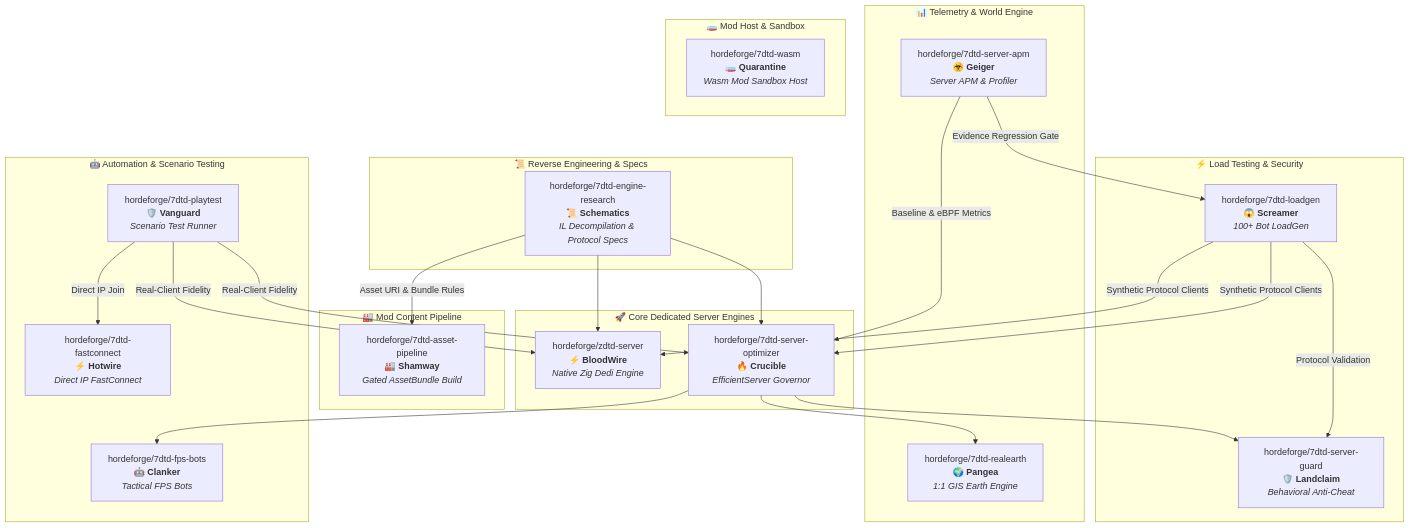
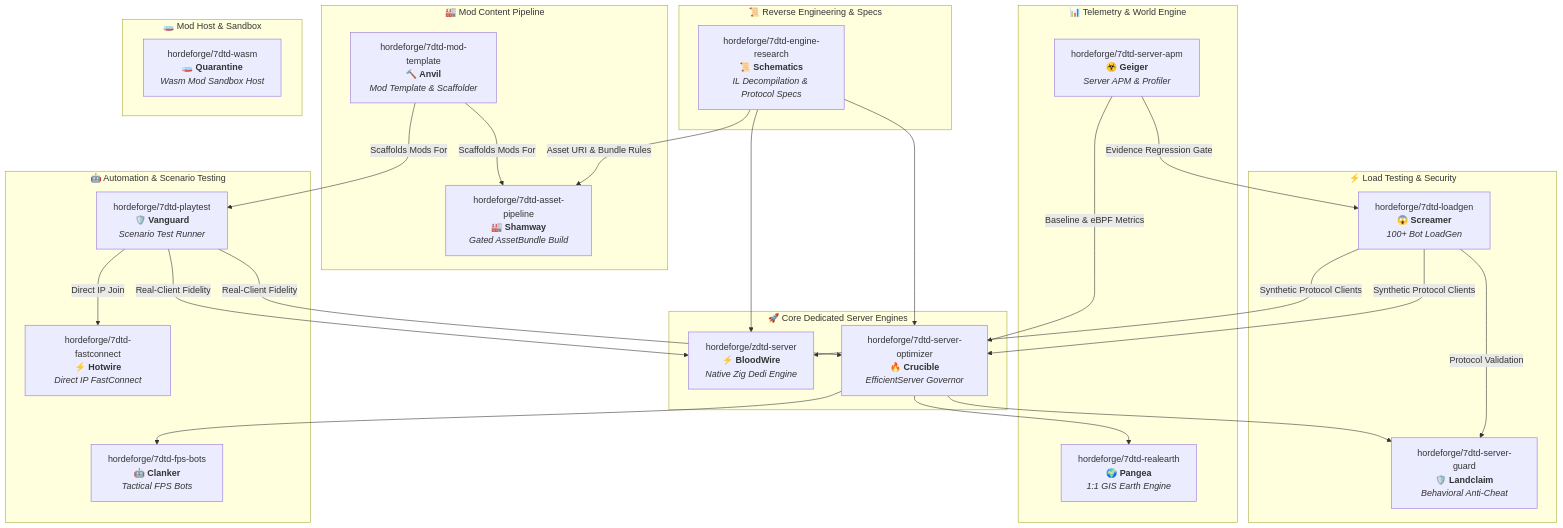
Before and after one commit to hordeforge/.github: the diagram in profile/README.md, drawn with Mermaid. The commit also changed other lines of this file, not shown here.

Commit message:
profile: add Anvil (7dtd-mod-template) to ecosystem table and diagram

````diff
--- a/profile/README.md
+++ b/profile/README.md
@@ -60,54 +61,57 @@
 ```mermaid
 flowchart TD
     subgraph Research ["📜 Reverse Engineering & Specs"]
         RES["hordeforge/7dtd-engine-research<br><b>📜 Schematics</b><br><i>IL Decompilation & Protocol Specs</i>"]
     end
 
     subgraph CoreRuntimes ["🚀 Core Dedicated Server Engines"]
         ZDTD["hordeforge/zdtd-server<br><b>⚡ BloodWire</b><br><i>Native Zig Dedi Engine</i>"]
         OPT["hordeforge/7dtd-server-optimizer<br><b>🔥 Crucible</b><br><i>EfficientServer Governor</i>"]
     end
 
     subgraph LoadAndGuard ["⚡ Load Testing & Security"]
         LOAD["hordeforge/7dtd-loadgen<br><b>😱 Screamer</b><br><i>100+ Bot LoadGen</i>"]
         GUARD["hordeforge/7dtd-server-guard<br><b>🛡️ Landclaim</b><br><i>Behavioral Anti-Cheat</i>"]
     end
 
     subgraph TelemetryAndWorld ["📊 Telemetry & World Engine"]
         APM["hordeforge/7dtd-server-apm<br><b>☣️ Geiger</b><br><i>Server APM & Profiler</i>"]
         REAL["hordeforge/7dtd-realearth<br><b>🌍 Pangea</b><br><i>1:1 GIS Earth Engine</i>"]
     end
 
     subgraph ContentPipeline ["🏭 Mod Content Pipeline"]
         SHAM["hordeforge/7dtd-asset-pipeline<br><b>🏭 Shamway</b><br><i>Gated AssetBundle Build</i>"]
+        ANVIL["hordeforge/7dtd-mod-template<br><b>🔨 Anvil</b><br><i>Mod Template & Scaffolder</i>"]
     end
 
     subgraph ModHost ["🧫 Mod Host & Sandbox"]
         QUAR["hordeforge/7dtd-wasm<br><b>🧫 Quarantine</b><br><i>Wasm Mod Sandbox Host</i>"]
     end
 
     subgraph BotAndAutomation ["🤖 Automation & Scenario Testing"]
         PLAY["hordeforge/7dtd-playtest<br><b>🛡️ Vanguard</b><br><i>Scenario Test Runner</i>"]
         BOT["hordeforge/7dtd-fps-bots<br><b>🤖 Clanker</b><br><i>Tactical FPS Bots</i>"]
         CONN["hordeforge/7dtd-fastconnect<br><b>⚡ Hotwire</b><br><i>Direct IP FastConnect</i>"]
     end
 
     RES --> ZDTD
     RES --> OPT
     RES -->|Asset URI & Bundle Rules| SHAM
+    ANVIL -->|Scaffolds Mods For| SHAM
+    ANVIL -->|Scaffolds Mods For| PLAY
 
     LOAD -->|Synthetic Protocol Clients| ZDTD
     LOAD -->|Synthetic Protocol Clients| OPT
     LOAD -->|Protocol Validation| GUARD
 
     APM -->|Baseline & eBPF Metrics| OPT
     APM -->|Evidence Regression Gate| LOAD
 
     PLAY -->|Real-Client Fidelity| ZDTD
     PLAY -->|Real-Client Fidelity| OPT
     PLAY -->|Direct IP Join| CONN
 
     OPT --> GUARD
     OPT --> REAL
     OPT --> BOT
 ```
````
